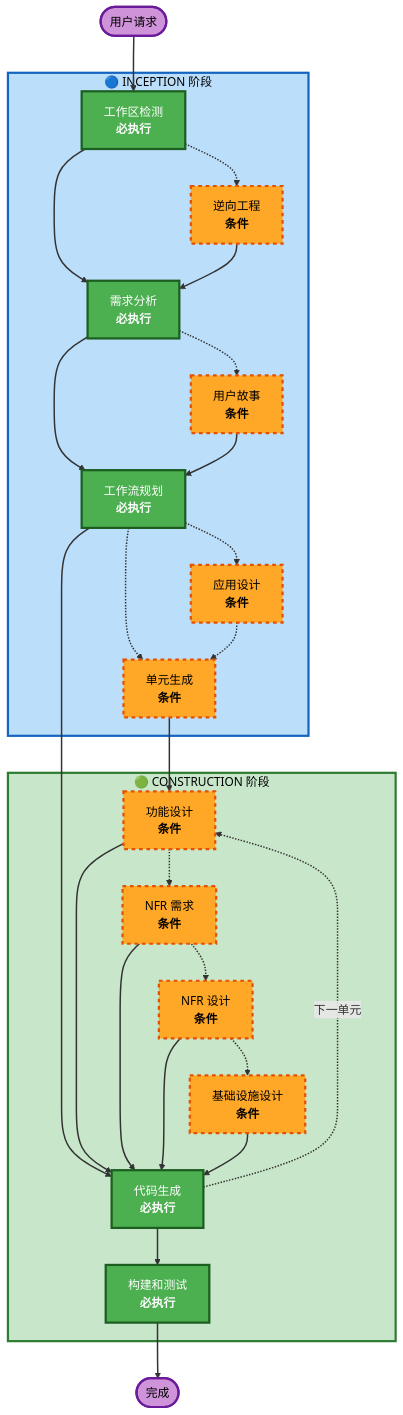
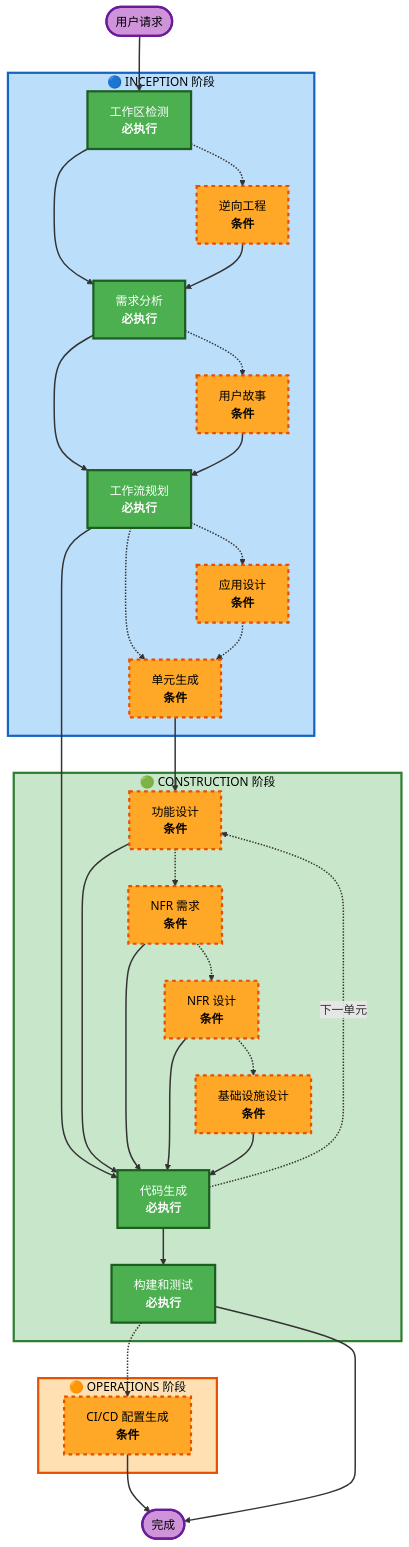
The diagram in steering/common-process-overview.md (bluenesscrab/loeyae-aidlc), drawn with Mermaid before and after one commit. The commit also changed other lines of this file and 8 other files, not shown here.

````diff
--- a/steering/common-process-overview.md
+++ b/steering/common-process-overview.md
@@ -31,69 +32,77 @@
 ```mermaid
 flowchart TD
     Start(["用户请求"])
     
     subgraph INCEPTION["🔵 INCEPTION 阶段"]
         WD["工作区检测<br/><b>必执行</b>"]
         RE["逆向工程<br/><b>条件</b>"]
         RA["需求分析<br/><b>必执行</b>"]
         Stories["用户故事<br/><b>条件</b>"]
         WP["工作流规划<br/><b>必执行</b>"]
         AppDesign["应用设计<br/><b>条件</b>"]
         UnitsG["单元生成<br/><b>条件</b>"]
     end
     
     subgraph CONSTRUCTION["🟢 CONSTRUCTION 阶段"]
         FD["功能设计<br/><b>条件</b>"]
         NFRA["NFR 需求<br/><b>条件</b>"]
         NFRD["NFR 设计<br/><b>条件</b>"]
         ID["基础设施设计<br/><b>条件</b>"]
         CG["代码生成<br/><b>必执行</b>"]
         BT["构建和测试<br/><b>必执行</b>"]
+    end
+
+    subgraph OPERATIONS["🟠 OPERATIONS 阶段"]
+        OPS["CI/CD 配置生成<br/><b>条件</b>"]
     end
     
     Start --> WD
     WD -.-> RE
     WD --> RA
     RE --> RA
     
     RA -.-> Stories
     RA --> WP
     Stories --> WP
     
     WP -.-> AppDesign
     WP -.-> UnitsG
     AppDesign -.-> UnitsG
     UnitsG --> FD
     FD -.-> NFRA
     NFRA -.-> NFRD
     NFRD -.-> ID
     
     WP --> CG
     FD --> CG
     NFRA --> CG
     NFRD --> CG
     ID --> CG
     CG -.->|下一单元| FD
     CG --> BT
-    BT --> End(["完成"])
+    BT -.-> OPS
+    OPS --> End(["完成"])
+    BT --> End
     
     style WD fill:#4CAF50,stroke:#1B5E20,stroke-width:3px,color:#fff
     style RA fill:#4CAF50,stroke:#1B5E20,stroke-width:3px,color:#fff
     style WP fill:#4CAF50,stroke:#1B5E20,stroke-width:3px,color:#fff
     style CG fill:#4CAF50,stroke:#1B5E20,stroke-width:3px,color:#fff
     style BT fill:#4CAF50,stroke:#1B5E20,stroke-width:3px,color:#fff
     style RE fill:#FFA726,stroke:#E65100,stroke-width:3px,stroke-dasharray: 5 5,color:#000
     style Stories fill:#FFA726,stroke:#E65100,stroke-width:3px,stroke-dasharray: 5 5,color:#000
     style AppDesign fill:#FFA726,stroke:#E65100,stroke-width:3px,stroke-dasharray: 5 5,color:#000
     style UnitsG fill:#FFA726,stroke:#E65100,stroke-width:3px,stroke-dasharray: 5 5,color:#000
     style FD fill:#FFA726,stroke:#E65100,stroke-width:3px,stroke-dasharray: 5 5,color:#000
     style NFRA fill:#FFA726,stroke:#E65100,stroke-width:3px,stroke-dasharray: 5 5,color:#000
     style NFRD fill:#FFA726,stroke:#E65100,stroke-width:3px,stroke-dasharray: 5 5,color:#000
     style ID fill:#FFA726,stroke:#E65100,stroke-width:3px,stroke-dasharray: 5 5,color:#000
+    style OPS fill:#FFA726,stroke:#E65100,stroke-width:3px,stroke-dasharray: 5 5,color:#000
     style INCEPTION fill:#BBDEFB,stroke:#1565C0,stroke-width:3px,color:#000
     style CONSTRUCTION fill:#C8E6C9,stroke:#2E7D32,stroke-width:3px,color:#000
+    style OPERATIONS fill:#FFE0B2,stroke:#E65100,stroke-width:3px,color:#000
     style Start fill:#CE93D8,stroke:#6A1B9A,stroke-width:3px,color:#000
     style End fill:#CE93D8,stroke:#6A1B9A,stroke-width:3px,color:#000
     
     linkStyle default stroke:#333,stroke-width:2px
 ```
````
